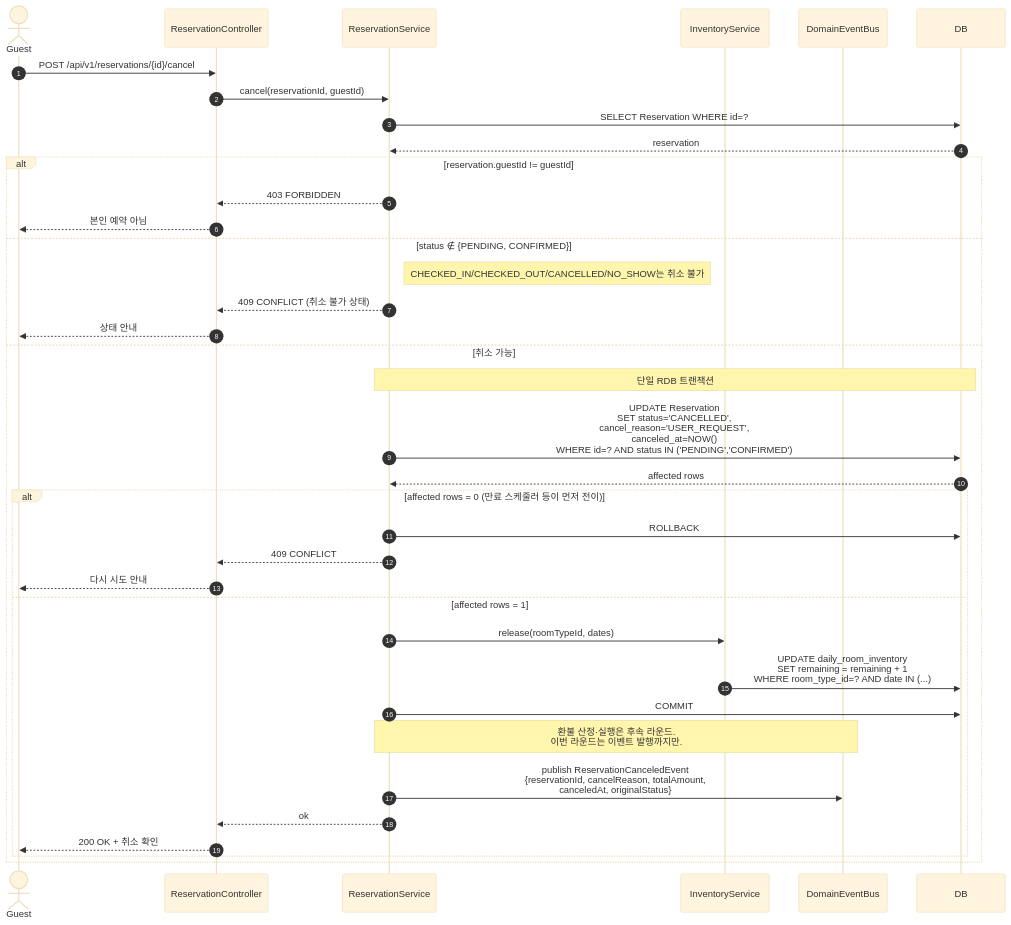
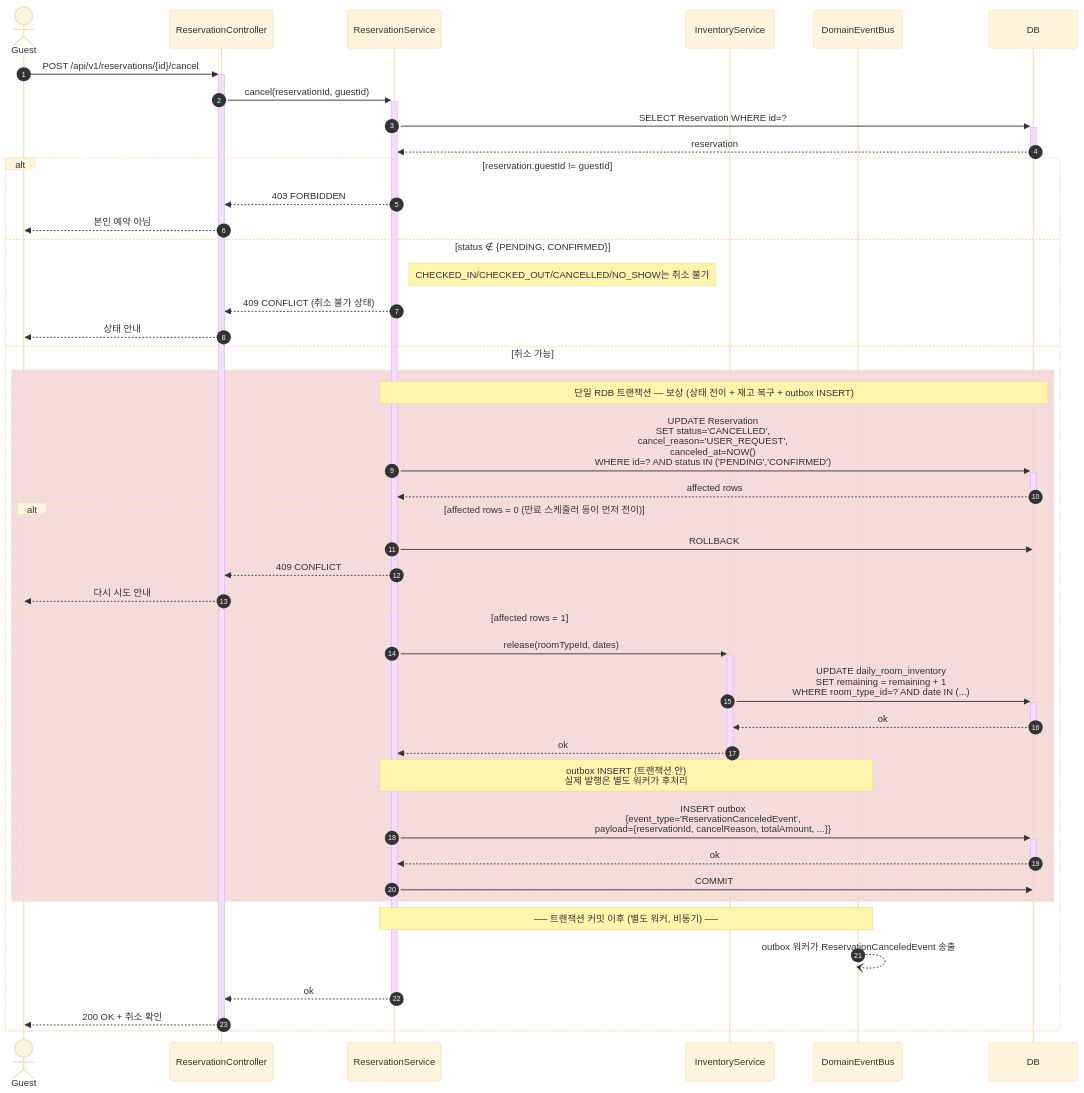
One commit to hyujikoh/E-commerce-BE changed the fourth of 4 diagrams in docs/design/02-sequence-diagrams.md. Above: the diagram before and after it, drawn with Mermaid (base theme). The commit also changed other lines of this file, not shown here.

First line of the commit message:
docs(design): 02-sequence-diagrams 활성화 막대·rect 트랜잭션·도해 가이드 보강

````diff
--- a/docs/design/02-sequence-diagrams.md
+++ b/docs/design/02-sequence-diagrams.md
@@ -264,45 +310,54 @@
 ```mermaid
 sequenceDiagram
   autonumber
   actor Guest
   participant Ctrl as ReservationController
   participant Svc as ReservationService
   participant Inv as InventoryService
   participant Bus as DomainEventBus
   participant DB
 
-  Guest->>Ctrl: POST /api/v1/reservations/{id}/cancel
-  Ctrl->>Svc: cancel(reservationId, guestId)
+  Guest->>+Ctrl: POST /api/v1/reservations/{id}/cancel
+  Ctrl->>+Svc: cancel(reservationId, guestId)
 
-  Svc->>DB: SELECT Reservation WHERE id=?
-  DB-->>Svc: reservation
+  Svc->>+DB: SELECT Reservation WHERE id=?
+  DB-->>-Svc: reservation
 
   alt reservation.guestId != guestId
     Svc-->>Ctrl: 403 FORBIDDEN
     Ctrl-->>Guest: 본인 예약 아님
   else status ∉ {PENDING, CONFIRMED}
     Note right of Svc: CHECKED_IN/CHECKED_OUT/CANCELLED/NO_SHOW는 취소 불가
     Svc-->>Ctrl: 409 CONFLICT (취소 불가 상태)
     Ctrl-->>Guest: 상태 안내
   else 취소 가능
-    Note over Svc,DB: 단일 RDB 트랜잭션
-    Svc->>DB: UPDATE Reservation<br/>SET status='CANCELLED',<br/> cancel_reason='USER_REQUEST',<br/> canceled_at=NOW()<br/>WHERE id=? AND status IN ('PENDING','CONFIRMED')
-    DB-->>Svc: affected rows
+    rect rgb(245, 220, 220)
+      Note over Svc,DB: 단일 RDB 트랜잭션 — 보상 (상태 전이 + 재고 복구 + outbox INSERT)
 
-    alt affected rows = 0 (만료 스케줄러 등이 먼저 전이)
-      Svc->>DB: ROLLBACK
-      Svc-->>Ctrl: 409 CONFLICT
-      Ctrl-->>Guest: 다시 시도 안내
-    else affected rows = 1
-      Svc->>Inv: release(roomTypeId, dates)
-      Inv->>DB: UPDATE daily_room_inventory<br/>SET remaining = remaining + 1<br/>WHERE room_type_id=? AND date IN (...)
-      Svc->>DB: COMMIT
+      Svc->>+DB: UPDATE Reservation<br/>SET status='CANCELLED',<br/> cancel_reason='USER_REQUEST',<br/> canceled_at=NOW()<br/>WHERE id=? AND status IN ('PENDING','CONFIRMED')
+      DB-->>-Svc: affected rows
 
-      Note over Svc,Bus: 환불 산정·실행은 후속 라운드.<br/>이번 라운드는 이벤트 발행까지만.
-      Svc->>Bus: publish ReservationCanceledEvent<br/>{reservationId, cancelReason, totalAmount,<br/> canceledAt, originalStatus}
+      alt affected rows = 0 (만료 스케줄러 등이 먼저 전이)
+        Svc->>DB: ROLLBACK
+        Svc-->>Ctrl: 409 CONFLICT
+        Ctrl-->>Guest: 다시 시도 안내
+      else affected rows = 1
+        Svc->>+Inv: release(roomTypeId, dates)
+        Inv->>+DB: UPDATE daily_room_inventory<br/>SET remaining = remaining + 1<br/>WHERE room_type_id=? AND date IN (...)
+        DB-->>-Inv: ok
+        Inv-->>-Svc: ok
 
-      Svc-->>Ctrl: ok
-      Ctrl-->>Guest: 200 OK + 취소 확인
+        Note over Svc,Bus: outbox INSERT (트랜잭션 안)<br/>실제 발행은 별도 워커가 후처리
+        Svc->>+DB: INSERT outbox<br/>{event_type='ReservationCanceledEvent',<br/> payload={reservationId, cancelReason, totalAmount, ...}}
+        DB-->>-Svc: ok
+        Svc->>DB: COMMIT
+      end
     end
+
+    Note over Svc,Bus: ── 트랜잭션 커밋 이후 (별도 워커, 비동기) ──
+    Bus--)Bus: outbox 워커가 ReservationCanceledEvent 송출
+
+    Svc-->>-Ctrl: ok
+    Ctrl-->>-Guest: 200 OK + 취소 확인
   end
 ```
````
